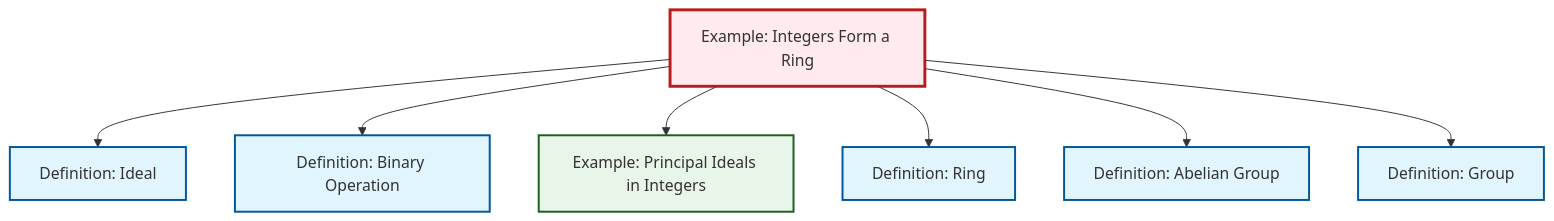
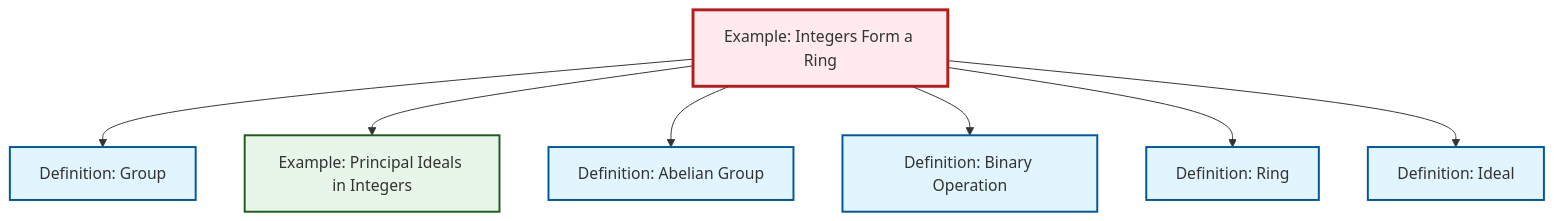
Before and after one commit to RK0429/ModernMath: the diagram in content/en/algebra/ex-integers-ring.qmd, drawn with Mermaid. The commit also changed other lines of this file and 497 other files, not shown here.

````diff
--- a/content/en/algebra/ex-integers-ring.qmd
+++ b/content/en/algebra/ex-integers-ring.qmd
@@ -64,29 +64,29 @@
 ```{mermaid}
 %%| fig-cap: "Local dependency graph"
 graph TD
     classDef definition fill:#e1f5fe,stroke:#01579b,stroke-width:2px
     classDef theorem fill:#f3e5f5,stroke:#4a148c,stroke-width:2px
     classDef axiom fill:#fff3e0,stroke:#e65100,stroke-width:2px
     classDef example fill:#e8f5e9,stroke:#1b5e20,stroke-width:2px
     classDef current fill:#ffebee,stroke:#b71c1c,stroke-width:3px
+    def-ideal["Definition: Ideal"]:::definition
+    ex-principal-ideal["Example: Principal Ideals in Integers"]:::example
+    def-binary-operation["Definition: Binary Operation"]:::definition
+    def-ring["Definition: Ring"]:::definition
+    def-group["Definition: Group"]:::definition
     def-abelian-group["Definition: Abelian Group"]:::definition
-    def-ideal["Definition: Ideal"]:::definition
-    def-group["Definition: Group"]:::definition
-    def-ring["Definition: Ring"]:::definition
-    def-binary-operation["Definition: Binary Operation"]:::definition
-    ex-principal-ideal["Example: Principal Ideals in Integers"]:::example
     ex-integers-ring["Example: Integers Form a Ring"]:::example
+    ex-integers-ring --> def-group
+    ex-integers-ring --> ex-principal-ideal
+    ex-integers-ring --> def-abelian-group
+    ex-integers-ring --> def-binary-operation
+    ex-integers-ring --> def-ring
     ex-integers-ring --> def-ideal
-    ex-integers-ring --> def-binary-operation
-    ex-integers-ring --> ex-principal-ideal
-    ex-integers-ring --> def-ring
-    ex-integers-ring --> def-abelian-group
-    ex-integers-ring --> def-group
     class ex-integers-ring current
+    click def-ideal "def-ideal.html" "Go to Ideal definition"
+    click ex-principal-ideal "ex-principal-ideal.html" "Go to Principal Ideals in Integers example"
+    click def-binary-operation "def-binary-operation.html" "Go to Binary Operation definition"
+    click def-ring "def-ring.html" "Go to Ring definition"
+    click def-group "def-group.html" "Go to Group definition"
     click def-abelian-group "def-abelian-group.html" "Go to Abelian Group definition"
-    click def-ideal "def-ideal.html" "Go to Ideal definition"
-    click def-group "def-group.html" "Go to Group definition"
-    click def-ring "def-ring.html" "Go to Ring definition"
-    click def-binary-operation "def-binary-operation.html" "Go to Binary Operation definition"
-    click ex-principal-ideal "ex-principal-ideal.html" "Go to Principal Ideals in Integers example"
 ```
````
